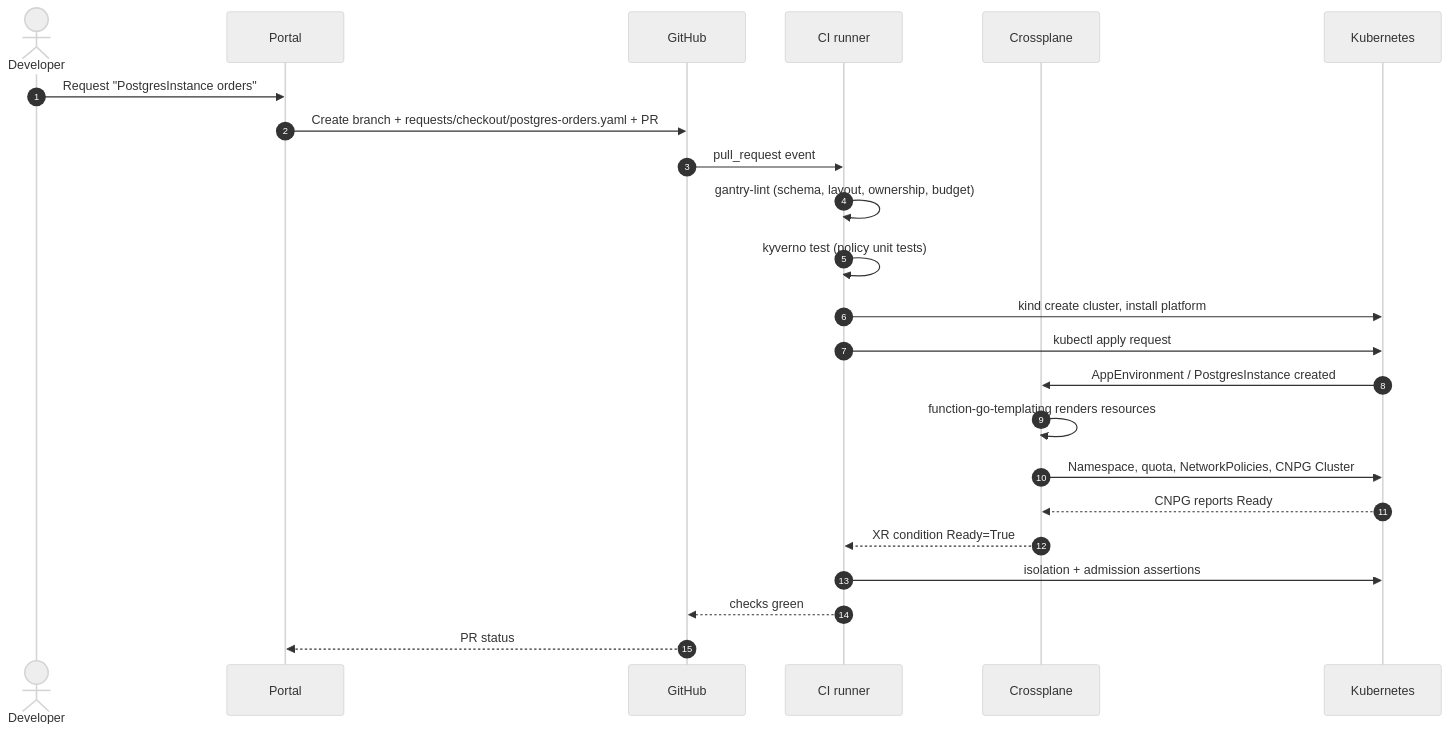
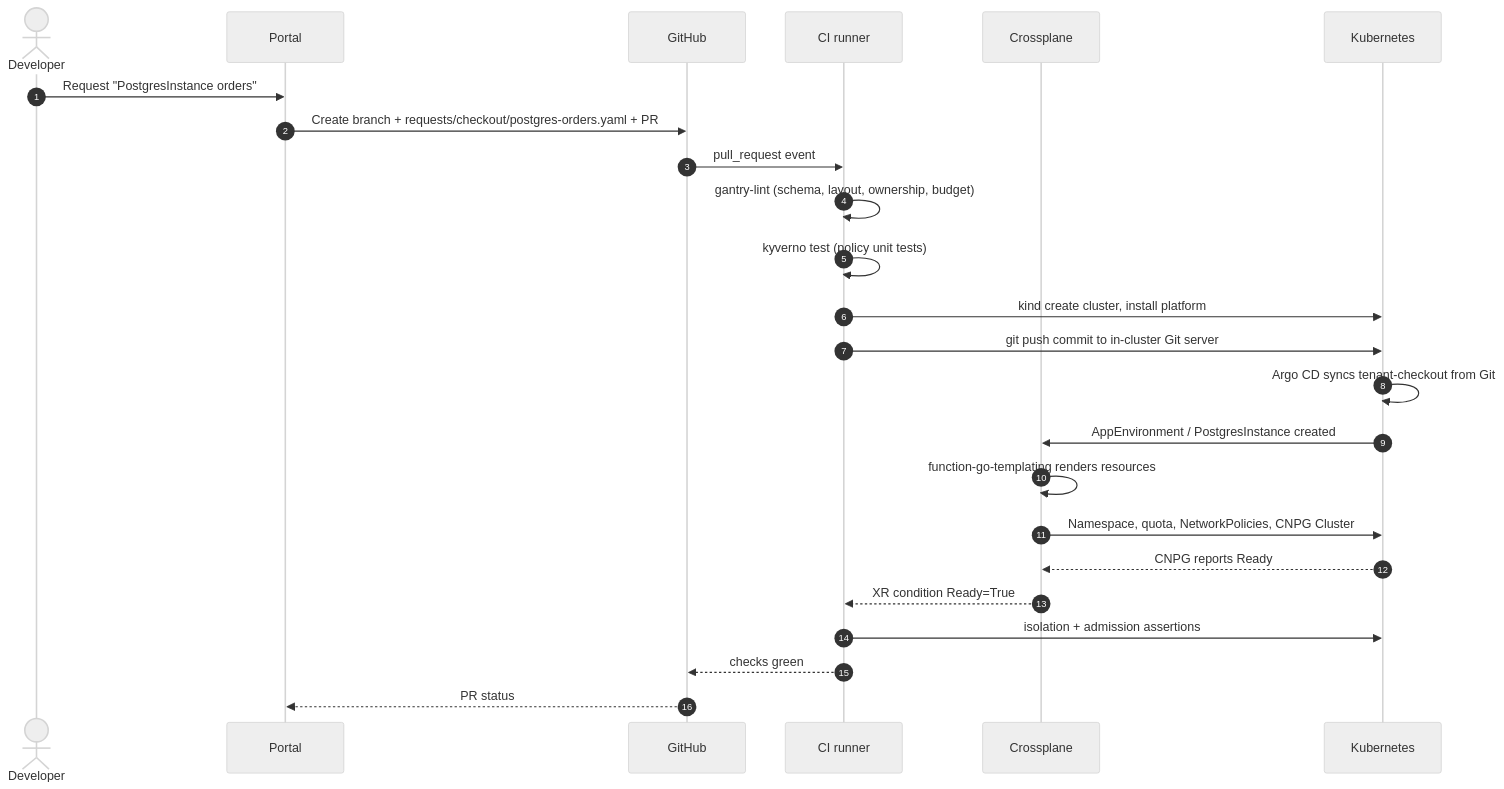
One commit to georgitinchev/gantry changed the second of 4 diagrams in docs/platform/architecture.md. Above: the diagram before and after it, drawn with Mermaid (neutral theme). The commit also changed 26 other files, not shown here.

Commit message:
feat: GitOps with Argo CD, app of apps and per-team ApplicationSet

````diff
--- a/docs/platform/architecture.md
+++ b/docs/platform/architecture.md
@@ -31,26 +31,27 @@
 ```mermaid
 sequenceDiagram
   autonumber
   actor Dev as Developer
   participant P as Portal
   participant GH as GitHub
   participant CI as CI runner
   participant XP as Crossplane
   participant K as Kubernetes
 
   Dev->>P: Request "PostgresInstance orders"
   P->>GH: Create branch + requests/checkout/postgres-orders.yaml + PR
   GH->>CI: pull_request event
   CI->>CI: gantry-lint (schema, layout, ownership, budget)
   CI->>CI: kyverno test (policy unit tests)
   CI->>K: kind create cluster, install platform
-  CI->>K: kubectl apply request
+  CI->>K: git push commit to in-cluster Git server
+  K->>K: Argo CD syncs tenant-checkout from Git
   K->>XP: AppEnvironment / PostgresInstance created
   XP->>XP: function-go-templating renders resources
   XP->>K: Namespace, quota, NetworkPolicies, CNPG Cluster
   K-->>XP: CNPG reports Ready
   XP-->>CI: XR condition Ready=True
   CI->>K: isolation + admission assertions
   CI-->>GH: checks green
   GH-->>P: PR status
 ```
````
